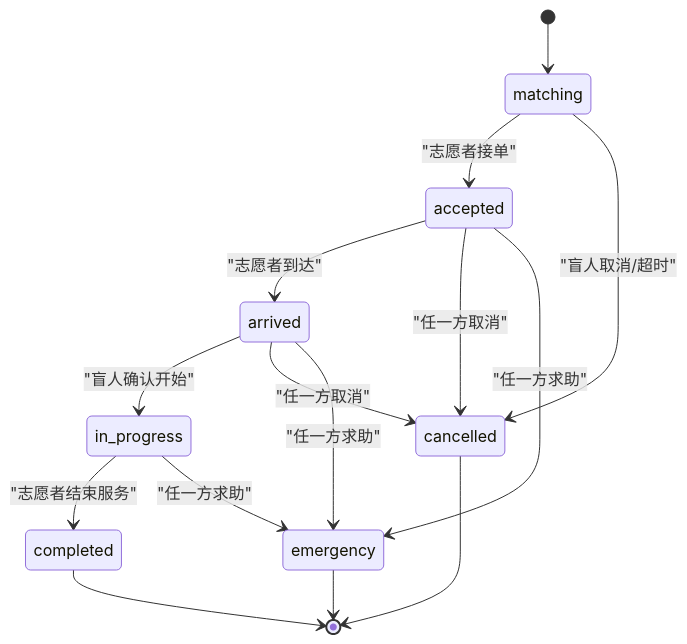
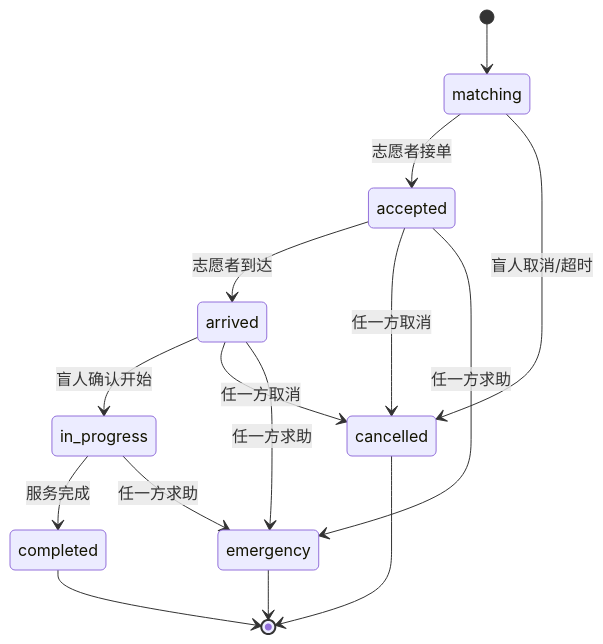
Before and after one commit to Jayden23018/blind-run-ios: the fourth of 4 diagrams in .qoder/repowiki/zh/content/架构设计/状态管理模式.md, drawn with Mermaid. The commit also changed other lines of this file and 35 other files, not shown here.

Commit message:
Implement backend auth and role-switch flow

````diff
--- a/.qoder/repowiki/zh/content/架构设计/状态管理模式.md
+++ b/.qoder/repowiki/zh/content/架构设计/状态管理模式.md
@@ -236,17 +237,17 @@
 ```mermaid
 stateDiagram-v2
 [*] --> matching
-matching --> accepted : "志愿者接单"
-matching --> cancelled : "盲人取消/超时"
-accepted --> arrived : "志愿者到达"
-accepted --> cancelled : "任一方取消"
-accepted --> emergency : "任一方求助"
-arrived --> in_progress : "盲人确认开始"
-arrived --> cancelled : "任一方取消"
-arrived --> emergency : "任一方求助"
-in_progress --> completed : "志愿者结束服务"
-in_progress --> emergency : "任一方求助"
+matching --> accepted : 志愿者接单
+matching --> cancelled : 盲人取消/超时
+accepted --> arrived : 志愿者到达
+accepted --> cancelled : 任一方取消
+accepted --> emergency : 任一方求助
+arrived --> in_progress : 盲人确认开始
+arrived --> cancelled : 任一方取消
+arrived --> emergency : 任一方求助
+in_progress --> completed : 服务完成
+in_progress --> emergency : 任一方求助
 completed --> [*]
 cancelled --> [*]
 emergency --> [*]
 ```
````
